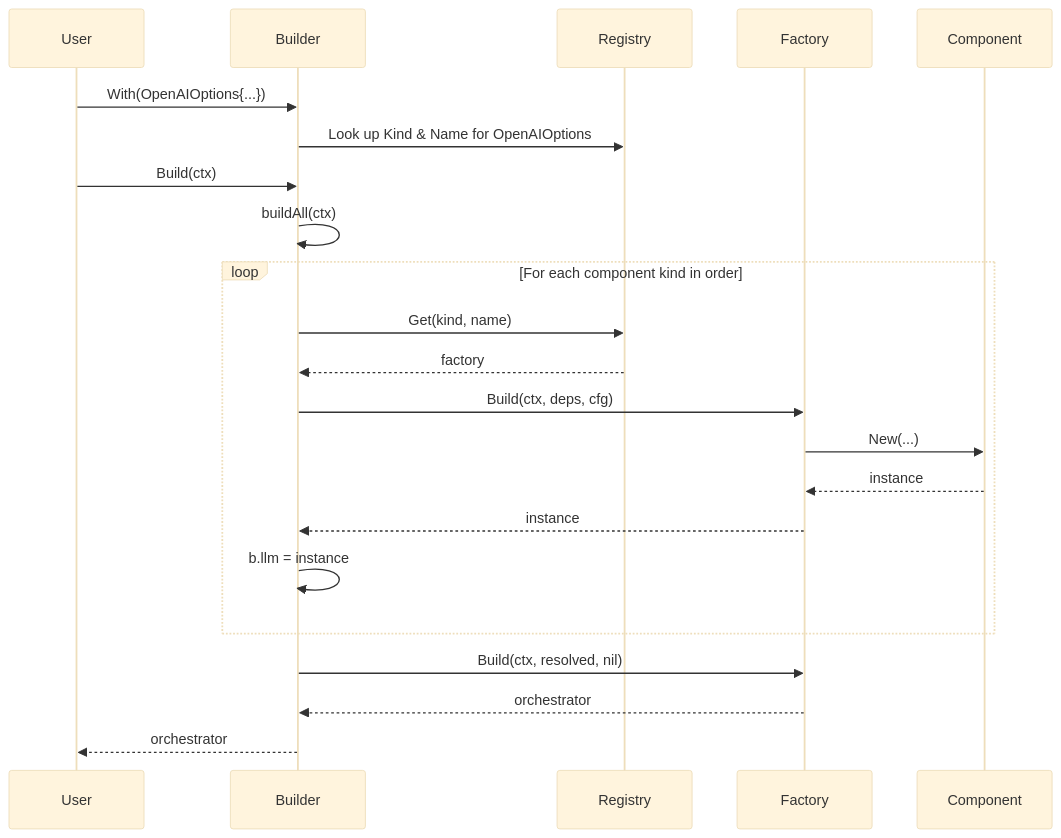
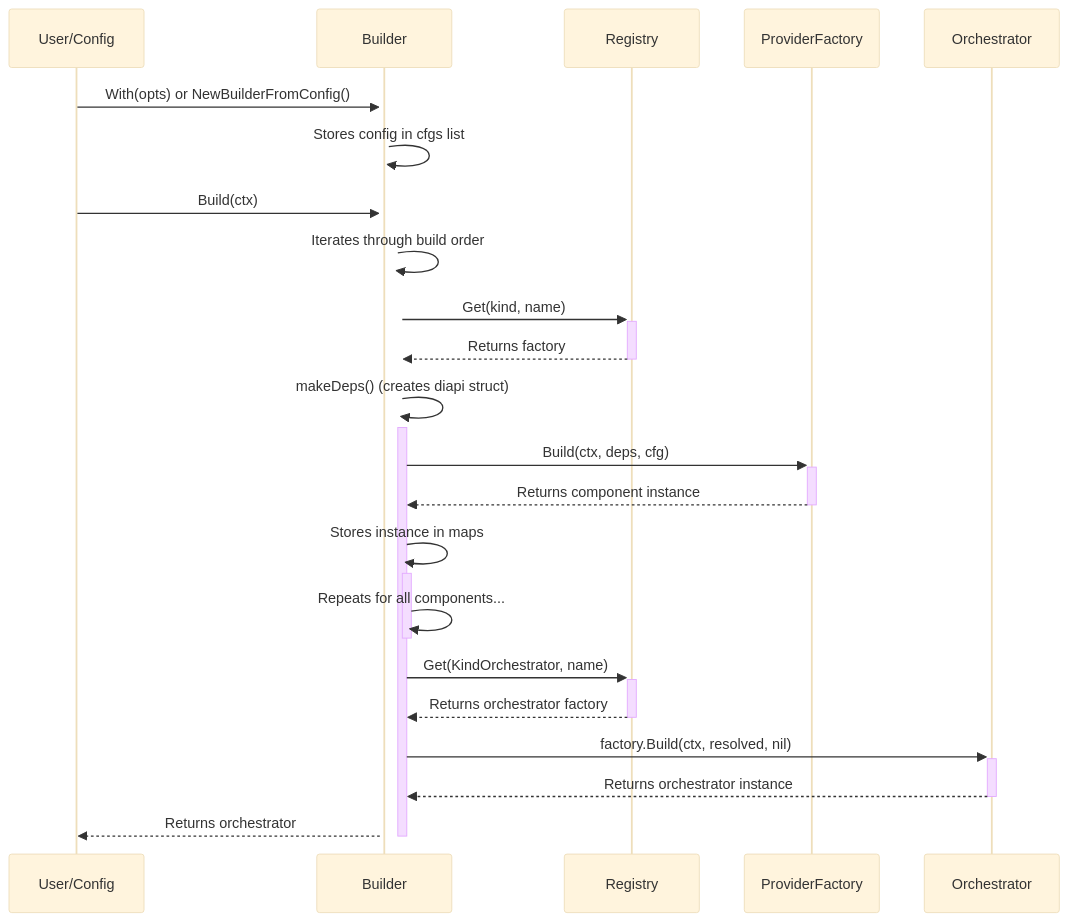
One commit to duynguyendang/manglekit changed the second of 2 diagrams in docs/LLD.md. Above: the diagram before and after it, drawn with Mermaid (base theme). The commit also changed other lines of this file and 2 other files, not shown here.

First line of the commit message:
docs: Synchronize and update architectural documentation

````diff
--- a/docs/LLD.md
+++ b/docs/LLD.md
@@ -104,25 +65,25 @@
 ```mermaid
 sequenceDiagram
-    participant User
+    participant User/Config
     participant Builder
     participant Registry
-    participant Factory
-    participant Component
+    participant ProviderFactory
+    participant Orchestrator
 
-    User->>Builder: With(OpenAIOptions{...})
-    Builder->>Registry: Look up Kind & Name for OpenAIOptions
-    User->>Builder: Build(ctx)
-    Builder->>Builder: buildAll(ctx)
-    loop For each component kind in order
-        Builder->>Registry: Get(kind, name)
-        Registry-->>Builder: factory
-        Builder->>Factory: Build(ctx, deps, cfg)
-        Factory->>Component: New(...)
-        Component-->>Factory: instance
-        Factory-->>Builder: instance
-        Builder->>Builder: b.llm = instance
-    end
-    Builder->>Factory: Build(ctx, resolved, nil)
-    Factory-->>Builder: orchestrator
-    Builder-->>User: orchestrator
+    User/Config->>+Builder: With(opts) or NewBuilderFromConfig()
+    Builder->>+Builder: Stores config in cfgs list
+    User/Config->>+Builder: Build(ctx)
+    Builder->>+Builder: Iterates through build order
+    Builder->>+Registry: Get(kind, name)
+    Registry-->>-Builder: Returns factory
+    Builder->>+Builder: makeDeps() (creates diapi struct)
+    Builder->>+ProviderFactory: Build(ctx, deps, cfg)
+    ProviderFactory-->>-Builder: Returns component instance
+    Builder->>+Builder: Stores instance in maps
+    Builder->>-Builder: Repeats for all components...
+    Builder->>+Registry: Get(KindOrchestrator, name)
+    Registry-->>-Builder: Returns orchestrator factory
+    Builder->>+Orchestrator: factory.Build(ctx, resolved, nil)
+    Orchestrator-->>-Builder: Returns orchestrator instance
+    Builder-->>-User/Config: Returns orchestrator
 ```
````
